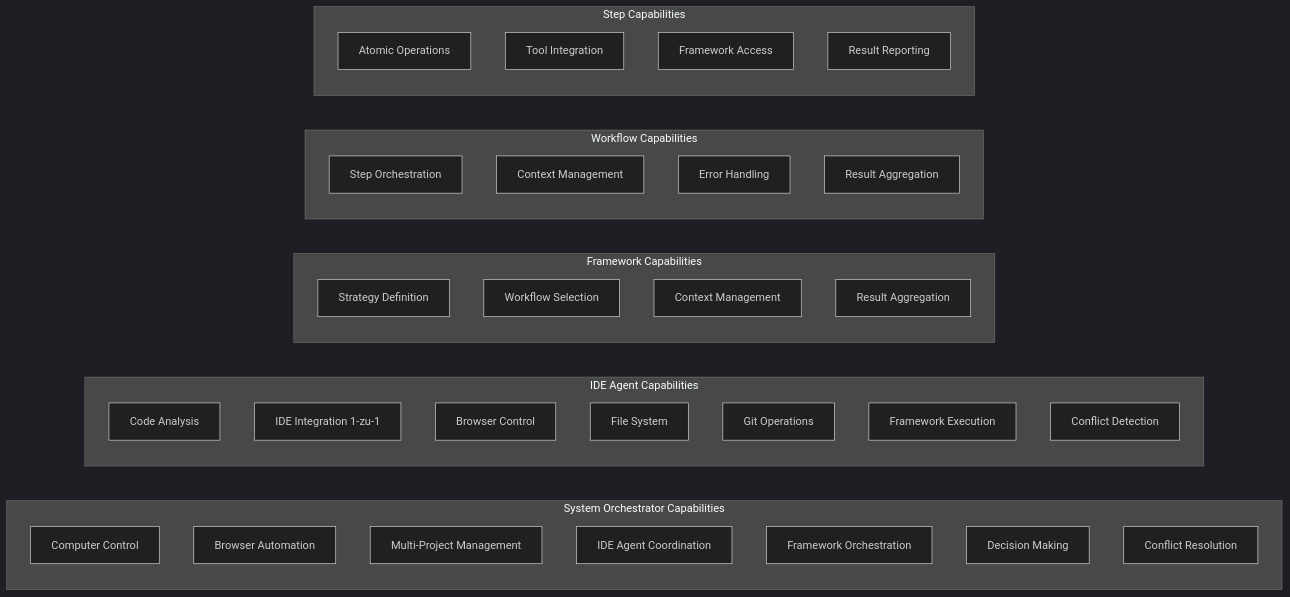
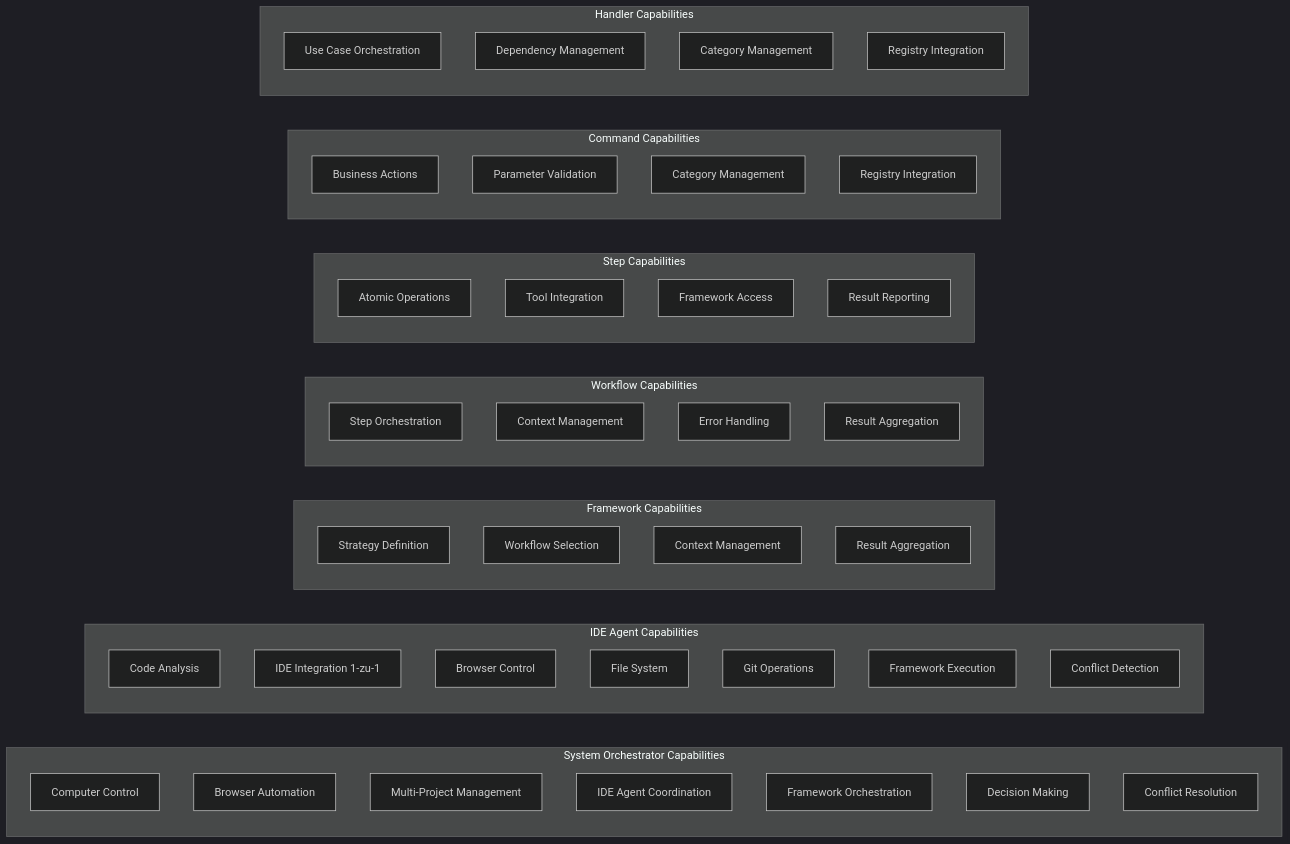
One commit to fr4iser90/PIDEA changed the fourth of 6 diagrams in docs/architecture/meta-ebenen-capabilities.md. Above: the diagram before and after it, drawn with Mermaid (dark theme). The commit also changed other lines of this file and 11 other files, not shown here.

First line of the commit message:
Enhance Architecture Documentation for Modular Commands and Handlers

````diff
--- a/docs/architecture/meta-ebenen-capabilities.md
+++ b/docs/architecture/meta-ebenen-capabilities.md
@@ -178,43 +216,57 @@
 ```mermaid
 graph LR
     subgraph "System Orchestrator Capabilities"
         SO_COMP["Computer Control"]
         SO_BROWSER["Browser Automation"]
         SO_MULTI["Multi-Project Management"]
         SO_IDE["IDE Agent Coordination"]
         SO_FW["Framework Orchestration"]
         SO_DEC["Decision Making"]
         SO_CONFLICT["Conflict Resolution"]
     end
     
     subgraph "IDE Agent Capabilities"
         AG_CODE["Code Analysis"]
         AG_IDE["IDE Integration 1-zu-1"]
         AG_BROWSER["Browser Control"]
         AG_FS["File System"]
         AG_GIT["Git Operations"]
         AG_FW["Framework Execution"]
         AG_CONFLICT["Conflict Detection"]
     end
     
     subgraph "Framework Capabilities"
         FW_STRAT["Strategy Definition"]
         FW_WF["Workflow Selection"]
         FW_CTX["Context Management"]
         FW_RES["Result Aggregation"]
     end
     
     subgraph "Workflow Capabilities"
         WF_STEPS["Step Orchestration"]
         WF_CTX["Context Management"]
         WF_ERR["Error Handling"]
         WF_RES["Result Aggregation"]
     end
     
     subgraph "Step Capabilities"
         ST_ATOMIC["Atomic Operations"]
         ST_TOOL["Tool Integration"]
         ST_FW["Framework Access"]
         ST_REP["Result Reporting"]
     end
+    
+    subgraph "Command Capabilities"
+        CMD_BUSINESS["Business Actions"]
+        CMD_PARAM["Parameter Validation"]
+        CMD_CAT["Category Management"]
+        CMD_REG["Registry Integration"]
+    end
+    
+    subgraph "Handler Capabilities"
+        HND_USECASE["Use Case Orchestration"]
+        HND_DEP["Dependency Management"]
+        HND_CAT["Category Management"]
+        HND_REG["Registry Integration"]
+    end
 ```
````
